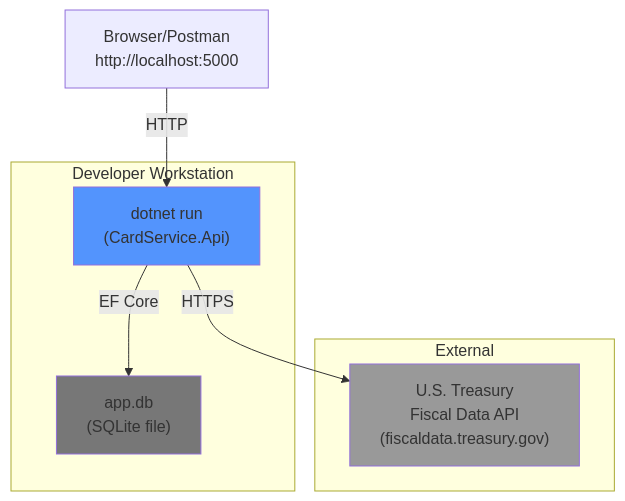
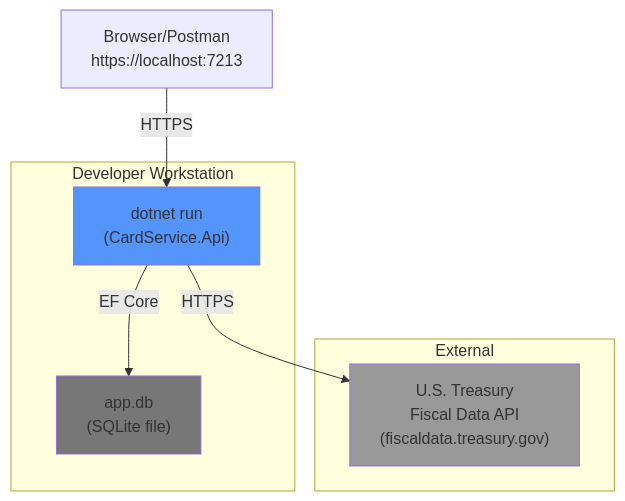
The first of 2 diagrams in docs/diagrams/04-deployment.md (timshel-debug/card-ledger), drawn with Mermaid before and after one commit. The commit also changed other lines of this file and 3 other files, not shown here.

````diff
--- a/docs/diagrams/04-deployment.md
+++ b/docs/diagrams/04-deployment.md
@@ -10,19 +10,19 @@
 ```mermaid
 graph TB
     subgraph "Developer Workstation"
         dotnet["dotnet run<br/>(CardService.Api)"]
         sqliteFile["app.db<br/>(SQLite file)"]
         dotnet -->|EF Core| sqliteFile
     end
     
     subgraph "External"
         treasury["U.S. Treasury<br/>Fiscal Data API<br/>(fiscaldata.treasury.gov)"]
     end
     
-    client["Browser/Postman<br/>http://localhost:5000"] -->|HTTP| dotnet
+    client["Browser/Postman<br/>https://localhost:7213"] -->|HTTPS| dotnet
     dotnet -->|HTTPS| treasury
     
     style dotnet fill:#5394fd
     style sqliteFile fill:#777
     style treasury fill:#999
 ```
````
